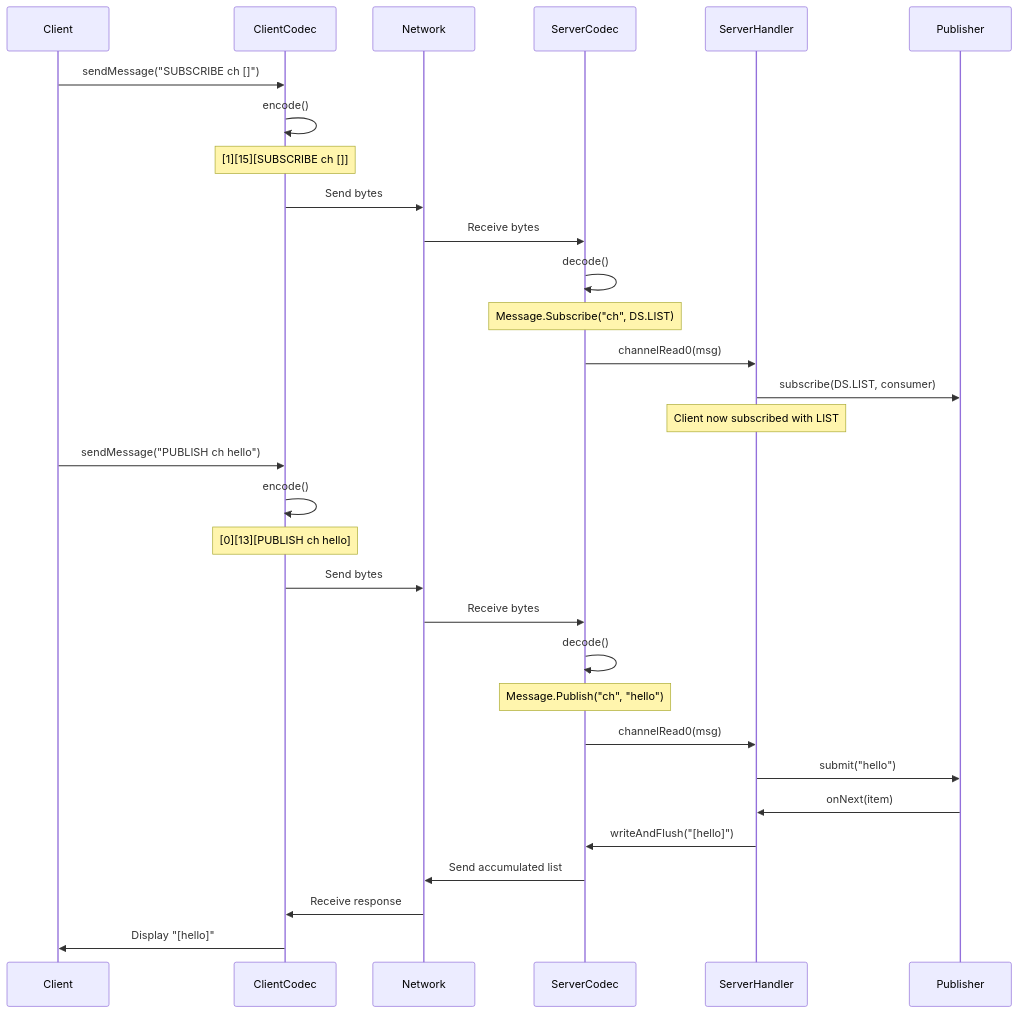
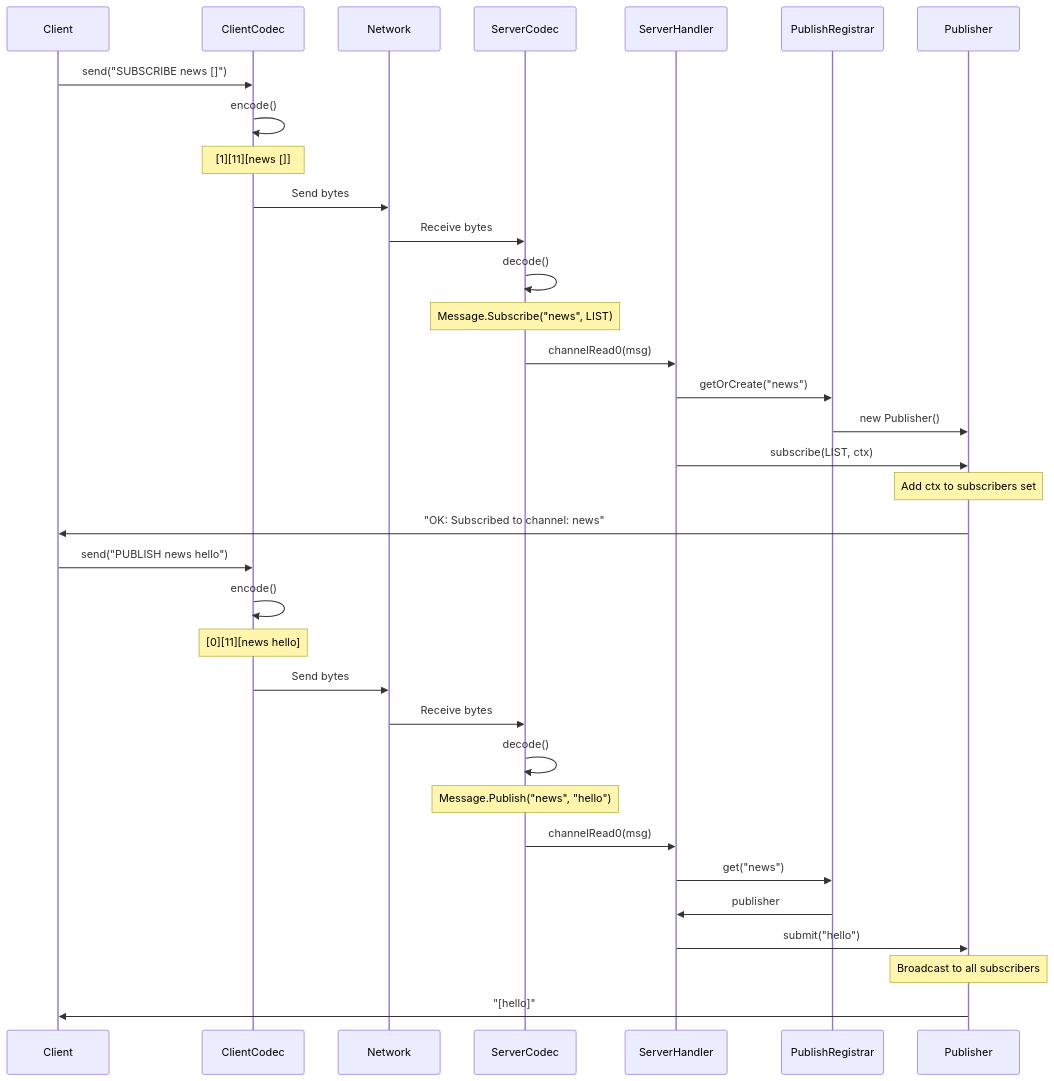
One commit to gchape/mudis changed the second of 3 diagrams in README.md. Above: the diagram before and after it, drawn with Mermaid. The commit also changed other lines of this file and 13 other files, not shown here.

Commit message:
refactor: simplify pub/sub architecture and fix message distribution bug

````diff
--- a/README.md
+++ b/README.md
@@ -56,35 +56,38 @@
 ```mermaid
 sequenceDiagram
     participant Client
     participant ClientCodec
     participant Network
     participant ServerCodec
     participant ServerHandler
+    participant PublishRegistrar
     participant Publisher
 
-    Client->>ClientCodec: sendMessage("SUBSCRIBE ch []")
+    Client->>ClientCodec: send("SUBSCRIBE news []")
     ClientCodec->>ClientCodec: encode()
-    Note over ClientCodec: [1][15][SUBSCRIBE ch []]
+    Note over ClientCodec: [1][11][news []]
     ClientCodec->>Network: Send bytes
     Network->>ServerCodec: Receive bytes
     ServerCodec->>ServerCodec: decode()
-    Note over ServerCodec: Message.Subscribe("ch", DS.LIST)
+    Note over ServerCodec: Message.Subscribe("news", LIST)
     ServerCodec->>ServerHandler: channelRead0(msg)
-    ServerHandler->>Publisher: subscribe(DS.LIST, consumer)
-    Note over ServerHandler: Client now subscribed with LIST
+    ServerHandler->>PublishRegistrar: getOrCreate("news")
+    PublishRegistrar->>Publisher: new Publisher()
+    ServerHandler->>Publisher: subscribe(LIST, ctx)
+    Note over Publisher: Add ctx to subscribers set
+    Publisher->>Client: "OK: Subscribed to channel: news"
     
-    Client->>ClientCodec: sendMessage("PUBLISH ch hello")
+    Client->>ClientCodec: send("PUBLISH news hello")
     ClientCodec->>ClientCodec: encode()
-    Note over ClientCodec: [0][13][PUBLISH ch hello]
+    Note over ClientCodec: [0][11][news hello]
     ClientCodec->>Network: Send bytes
     Network->>ServerCodec: Receive bytes
     ServerCodec->>ServerCodec: decode()
-    Note over ServerCodec: Message.Publish("ch", "hello")
+    Note over ServerCodec: Message.Publish("news", "hello")
     ServerCodec->>ServerHandler: channelRead0(msg)
+    ServerHandler->>PublishRegistrar: get("news")
+    PublishRegistrar->>ServerHandler: publisher
     ServerHandler->>Publisher: submit("hello")
-    Publisher->>ServerHandler: onNext(item)
-    ServerHandler->>ServerCodec: writeAndFlush("[hello]")
-    ServerCodec->>Network: Send accumulated list
-    Network->>ClientCodec: Receive response
-    ClientCodec->>Client: Display "[hello]"
+    Note over Publisher: Broadcast to all subscribers
+    Publisher->>Client: "[hello]"
 ```
````
